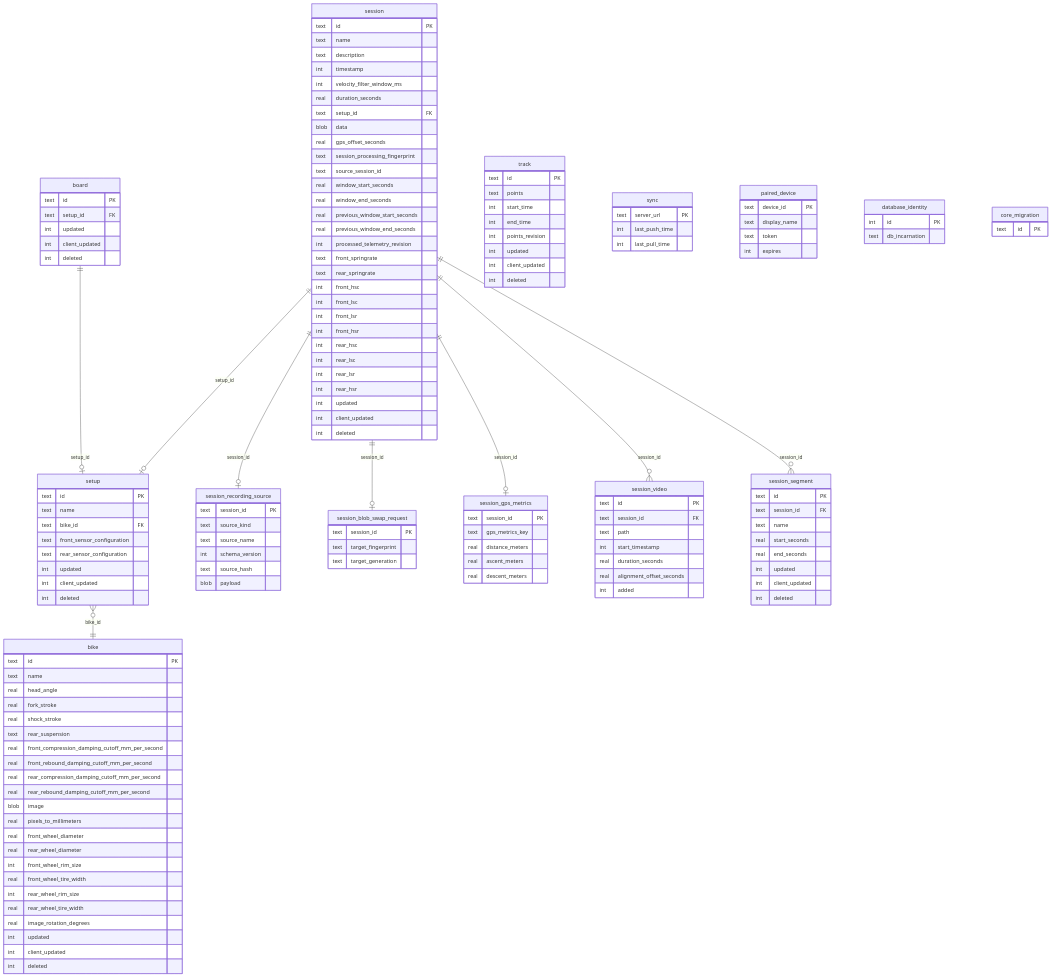
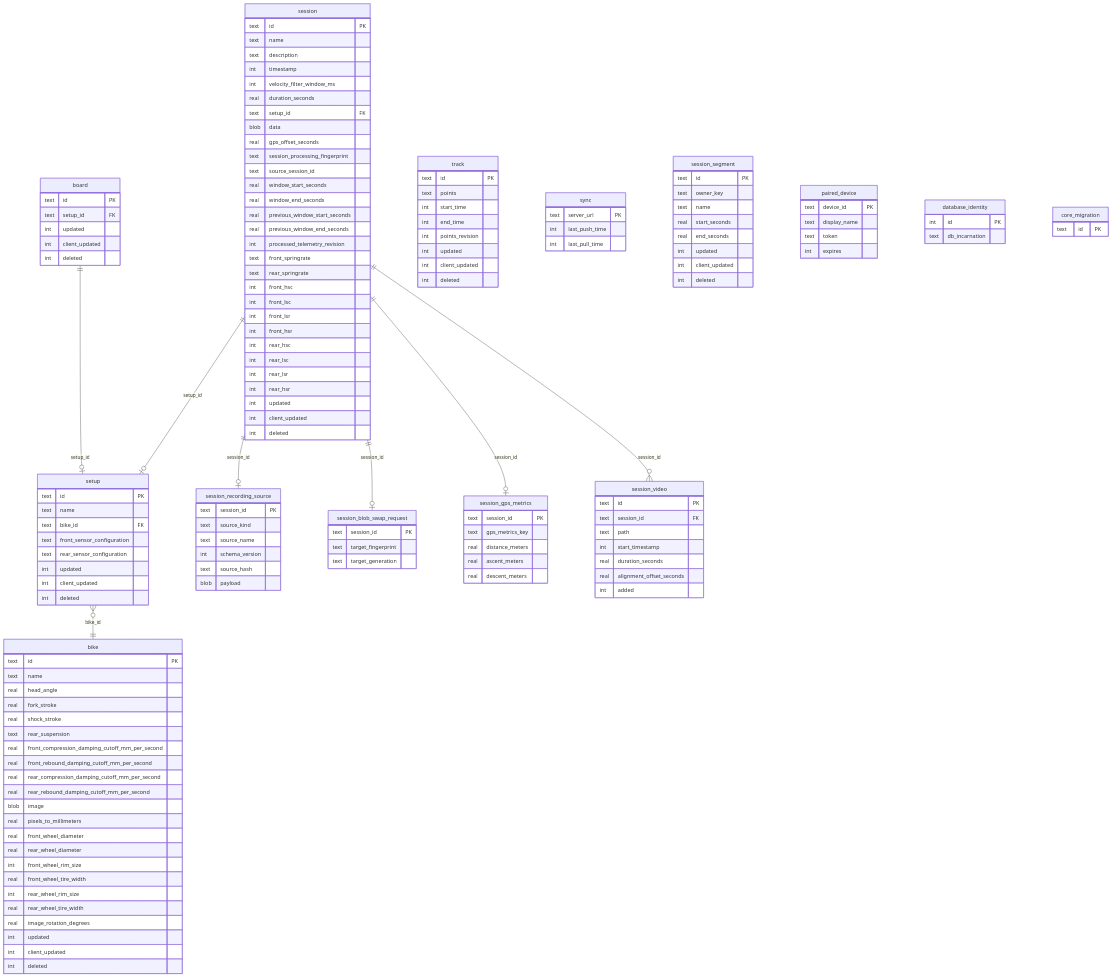
Before and after one commit to MoridinBG/Sufni.app: the diagram in docs/architecture/persistence.md, drawn with Mermaid. The commit also changed other lines of this file and 29 other files, not shown here.

```diff
--- a/docs/architecture/persistence.md
+++ b/docs/architecture/persistence.md
@@ -11,7 +11,6 @@
     session ||--o| session_blob_swap_request : "session_id"
     session ||--o| session_gps_metrics : "session_id"
     session ||--o{ session_video : "session_id"
-    session ||--o{ session_segment : "session_id"
     setup }o--|| bike : "bike_id"
     board ||--o| setup : "setup_id"
 
@@ -133,7 +132,7 @@
 
     session_segment {
         text id PK
-        text session_id FK
+        text owner_key
         text name
         real start_seconds
         real end_seconds
```
